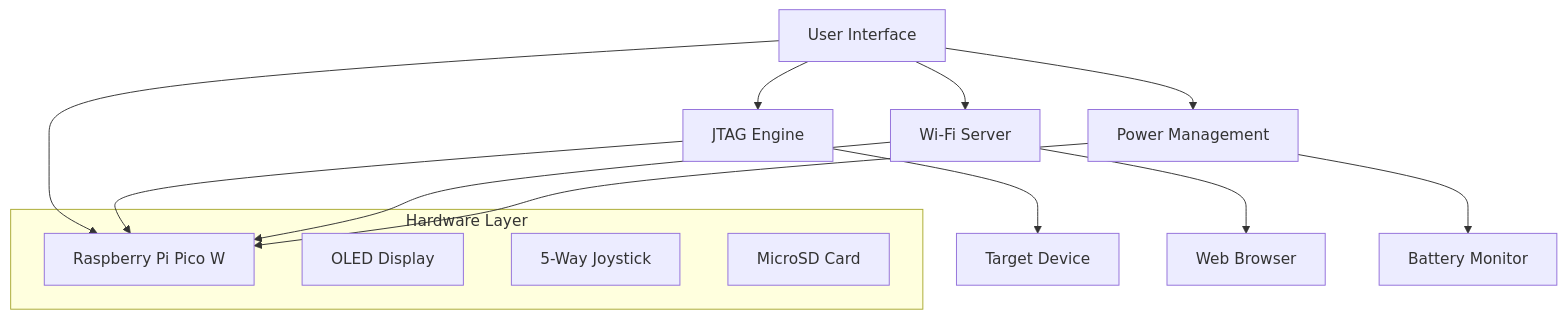
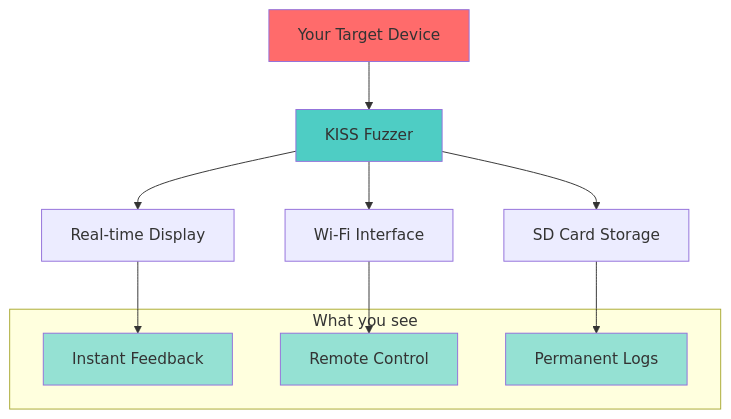
One commit to seedon198/KISS changed the diagram in docs/index.md. Above: the diagram before and after it, drawn with Mermaid. The commit also changed other lines of this file and 6 other files, not shown here.

````diff
--- a/docs/index.md
+++ b/docs/index.md
@@ -34,21 +44,23 @@
 ```{mermaid}
 graph TB
-    A[User Interface] --> B[JTAG Engine]
-    A --> C[Wi-Fi Server]
-    A --> D[Power Management]
-    B --> E[Target Device]
-    C --> F[Web Browser]
-    D --> G[Battery Monitor]
+    A[Your Target Device] --> B[KISS Fuzzer]
+    B --> C[Real-time Display]
+    B --> D[Wi-Fi Interface]
+    B --> E[SD Card Storage]
     
-    subgraph "Hardware Layer"
-        H[Raspberry Pi Pico W]
-        I[OLED Display]
-        J[5-Way Joystick]
-        K[MicroSD Card]
+    C --> F[Instant Feedback]
+    D --> G[Remote Control]
+    E --> H[Permanent Logs]
+    
+    subgraph "What you see"
+        F
+        G
+        H
     end
     
-    A --> H
-    B --> H
-    C --> H
-    D --> H
+    style A fill:#ff6b6b
+    style B fill:#4ecdc4
+    style F fill:#95e1d3
+    style G fill:#95e1d3
+    style H fill:#95e1d3
 ```
````
